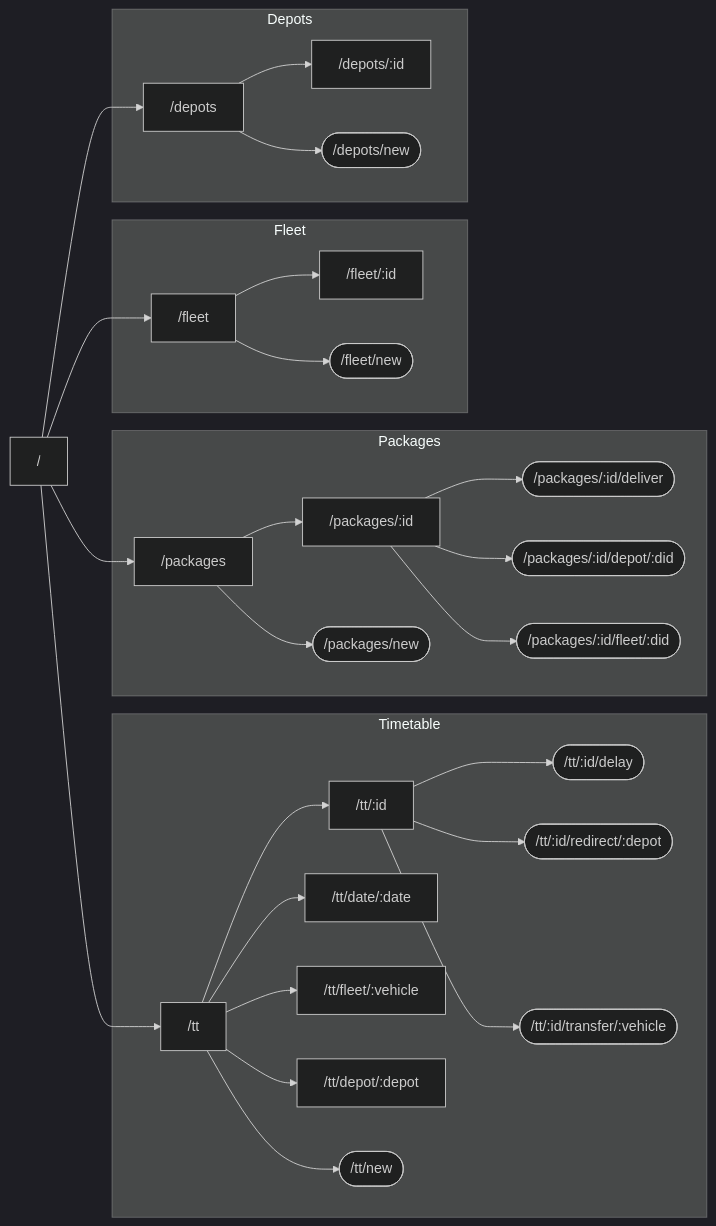
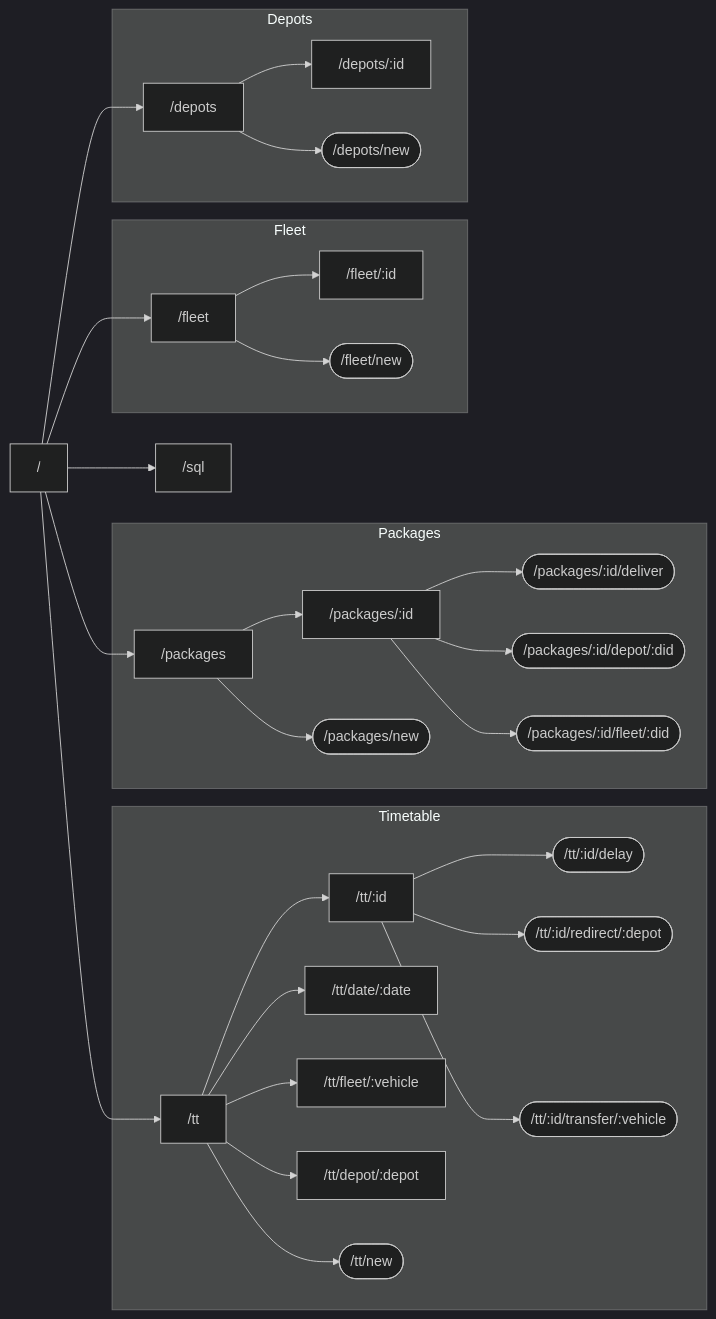
Before and after one commit to cptlobster/cs425: the diagram in backend/README.md, drawn with Mermaid (dark theme). The commit also changed other lines of this file, not shown here.

Commit message:
add more information on the low-level SQL API

````diff
--- a/backend/README.md
+++ b/backend/README.md
@@ -29,18 +34,18 @@
 ```mermaid
 flowchart LR
-    ROOT["/"] --> PKGS["/packages"] & FLEET["/fleet"] & DEPOT["/depots"] & TT["/tt"]
+    ROOT["/"] --> SQL["/sql"] & PKGS["/packages"] & FLEET["/fleet"] & DEPOT["/depots"] & TT["/tt"]
     subgraph TTG[Timetable]
         TT --> TTID["/tt/:id"] & TTDATE["/tt/date/:date"] & TTFLT["/tt/fleet/:vehicle"] & TTDPT["/tt/depot/:depot"]  & TTADD(["/tt/new"])
         TTID --> TTDEL(["/tt/:id/delay"]) & TTRDR(["/tt/:id/redirect/:depot"]) & TTCHF(["/tt/:id/transfer/:vehicle"])
     end
     subgraph PKGG[Packages]
         PKGS --> PKGID["/packages/:id"] & PKGADD(["/packages/new"])
         PKGID --> PKGDEL(["/packages/:id/deliver"]) & PKGDPT(["/packages/:id/depot/:did"]) & PKGFLT(["/packages/:id/fleet/:did"])
     end
     subgraph FLTG[Fleet]
         FLEET --> FLTID["/fleet/:id"] & FLTADD(["/fleet/new"])
     end
     subgraph DPTG[Depots]
         DEPOT --> DPTID["/depots/:id"] & DPTADD(["/depots/new"])
     end
 ```
````
